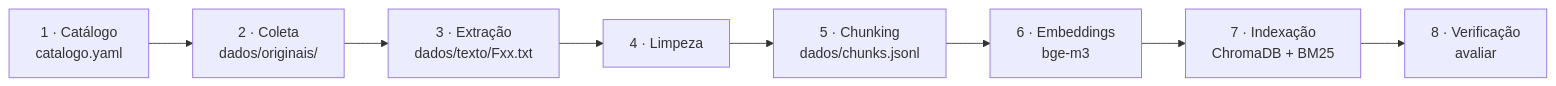
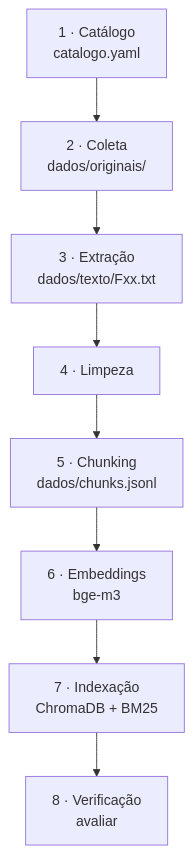
The diagram in docs/entrega-2/pipeline-ingestao.md (maykonjuso/residencia-grupo-4), drawn with Mermaid before and after one commit. The commit also changed other lines of this file and 10 other files, not shown here.

Commit message:
docs(entrega-2): adiciona referências a tabelas/figuras e verticaliza diagramas

````diff
--- a/docs/entrega-2/pipeline-ingestao.md
+++ b/docs/entrega-2/pipeline-ingestao.md
@@ -13,10 +15,10 @@
 ```mermaid
-flowchart LR
+flowchart TD
     A[1 · Catálogo<br/>catalogo.yaml] --> B[2 · Coleta<br/>dados/originais/]
     B --> C[3 · Extração<br/>dados/texto/Fxx.txt]
     C --> D[4 · Limpeza]
     D --> E[5 · Chunking<br/>dados/chunks.jsonl]
     E --> F[6 · Embeddings<br/>bge-m3]
     F --> G[7 · Indexação<br/>ChromaDB + BM25]
     G --> H[8 · Verificação<br/>avaliar]
 ```
````
